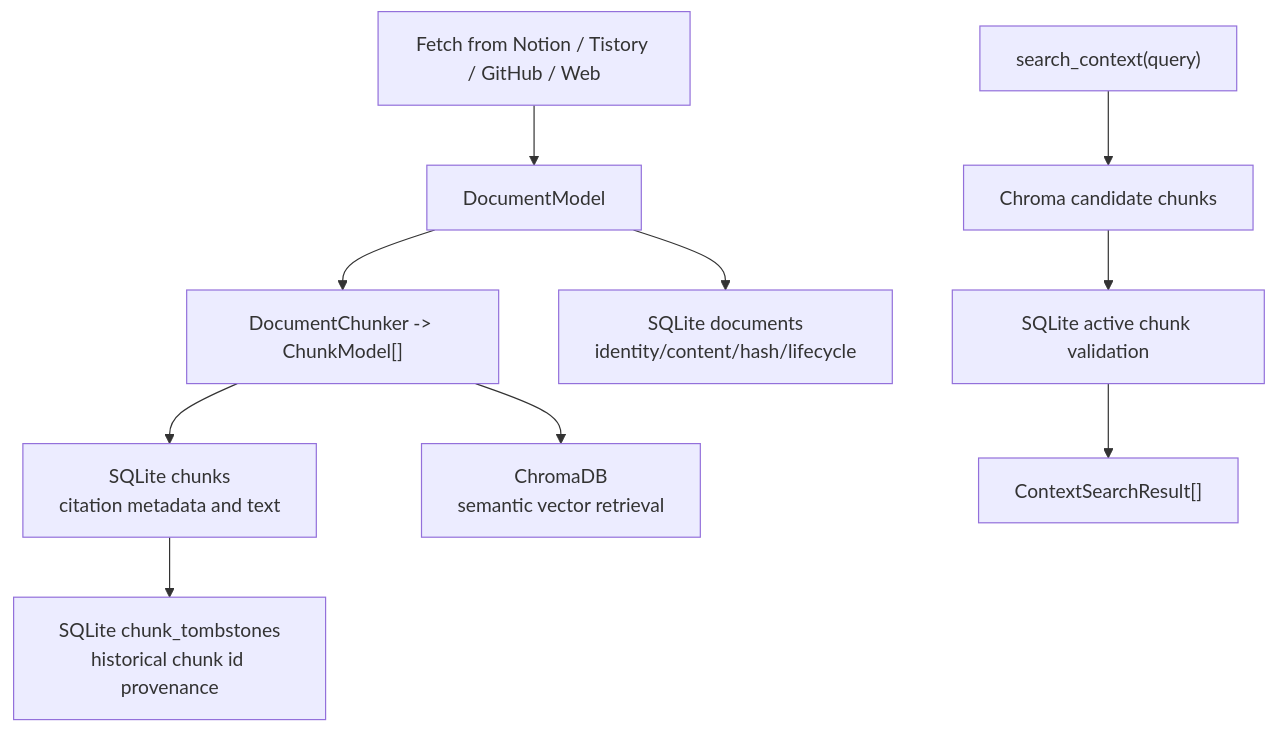
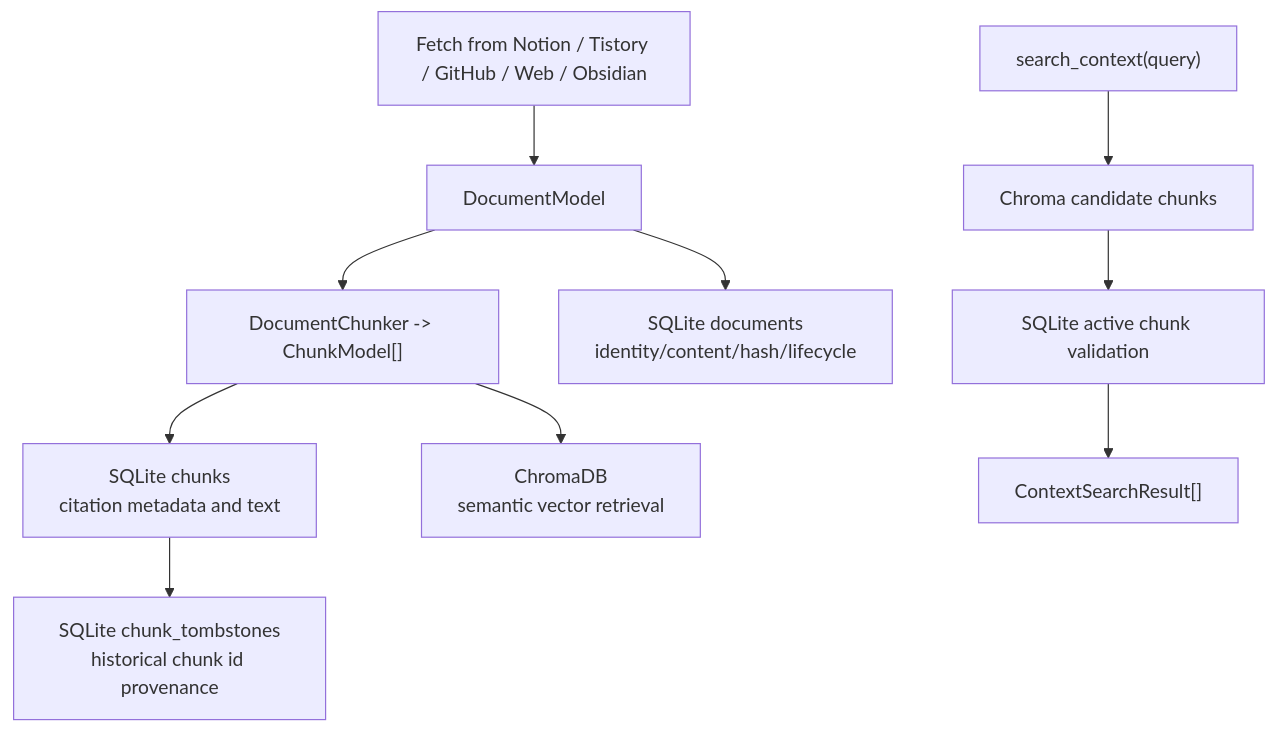
The second of 6 diagrams in docs/contextwiki-core-understanding.md (eunhwa99/MCPContentSearch), drawn with Mermaid before and after one commit. The commit also changed other lines of this file and 18 other files, not shown here.

````diff
--- a/docs/contextwiki-core-understanding.md
+++ b/docs/contextwiki-core-understanding.md
@@ -199,21 +225,21 @@
 ```mermaid
 flowchart TD
-    A["Fetch from Notion / Tistory / GitHub / Web"]
+    A["Fetch from Notion / Tistory / GitHub / Web / Obsidian"]
     B["DocumentModel"]
     C["DocumentChunker -> ChunkModel[]"]
     D["SQLite documents<br/>identity/content/hash/lifecycle"]
     E["SQLite chunks<br/>citation metadata and text"]
     T["SQLite chunk_tombstones<br/>historical chunk id provenance"]
     F["ChromaDB<br/>semantic vector retrieval"]
     G["search_context(query)"]
     H["Chroma candidate chunks"]
     I["SQLite active chunk validation"]
     J["ContextSearchResult[]"]
 
     A --> B --> C
     B --> D
     C --> E
     C --> F
     E --> T
     G --> H --> I --> J
 ```
````
